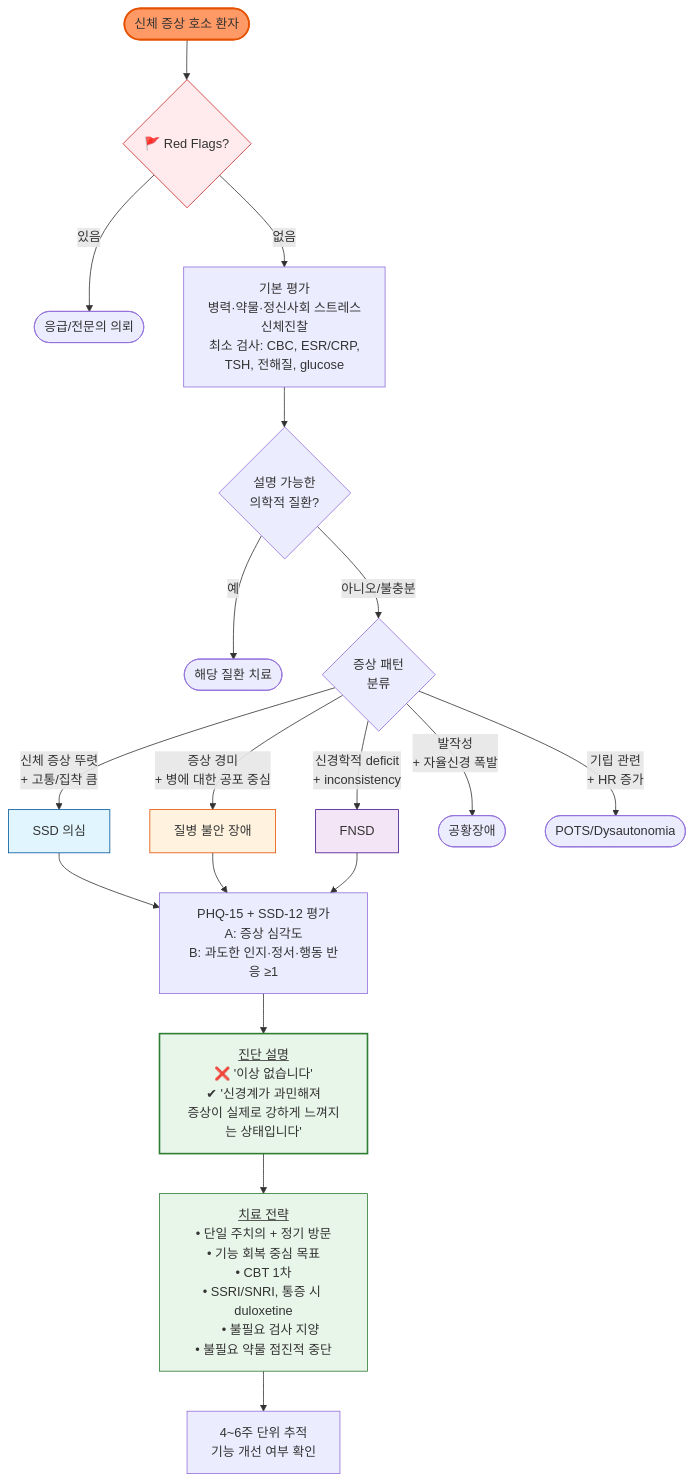
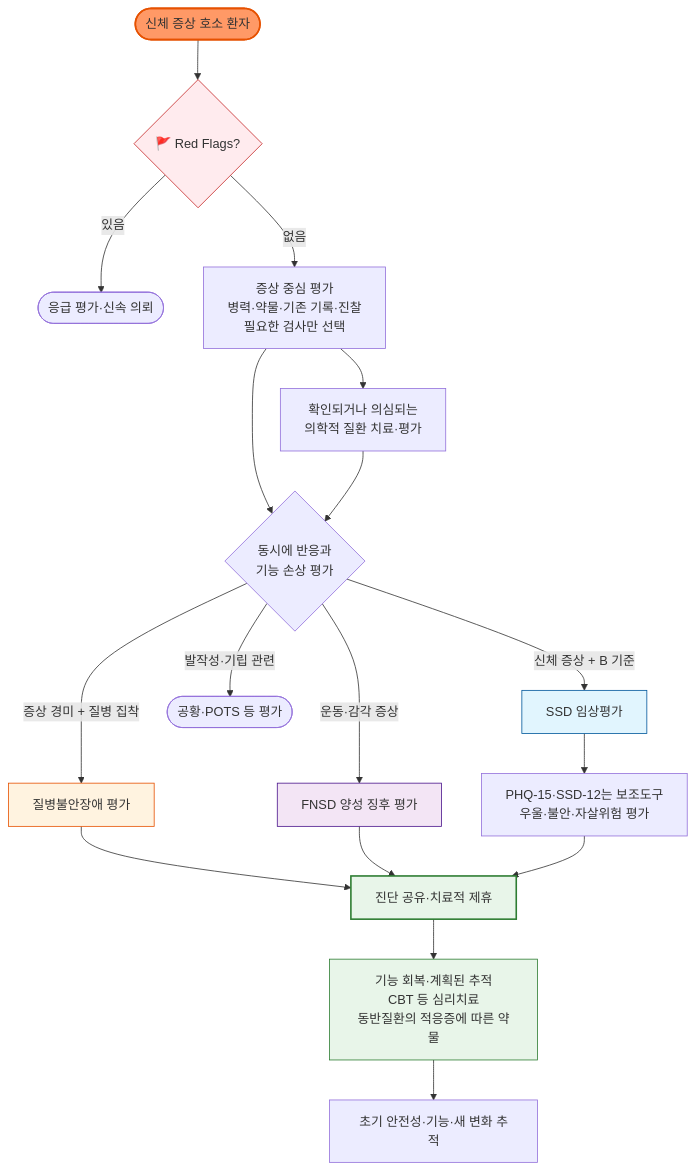
Before and after one commit to familyoh77/familyoh77: the diagram in 221_/031_-somatic-symptom-disorder.md, drawn with Mermaid. The commit also changed other lines of this file, not shown here.

````diff
--- a/221_/031_-somatic-symptom-disorder.md
+++ b/221_/031_-somatic-symptom-disorder.md
@@ -317,29 +337,27 @@
 ```mermaid
 graph TD
     Start([신체 증상 호소 환자]) --> RedFlag{🚩 Red Flags?}
-    RedFlag -->|있음| Referral([응급/전문의 의뢰])
-    RedFlag -->|없음| BasicEval[기본 평가<br/>병력·약물·정신사회 스트레스<br/>신체진찰<br/>최소 검사: CBC, ESR/CRP,<br/>TSH, 전해질, glucose]
-    BasicEval --> Explainable{설명 가능한<br/>의학적 질환?}
-    Explainable -->|예| TreatDisease([해당 질환 치료])
-    Explainable -->|아니오/불충분| Pattern{증상 패턴<br/>분류}
-    Pattern -->|신체 증상 뚜렷<br/>+ 고통/집착 큼| SSD[SSD 의심]
-    Pattern -->|증상 경미<br/>+ 병에 대한 공포 중심| IAD[질병 불안 장애]
-    Pattern -->|신경학적 deficit<br/>+ inconsistency| FNSD[FNSD]
-    Pattern -->|발작성<br/>+ 자율신경 폭발| Panic([공황장애])
-    Pattern -->|기립 관련<br/>+ HR 증가| POTS([POTS/Dysautonomia])
-    SSD --> Screen[PHQ-15 + SSD-12 평가<br/>A: 증상 심각도<br/>B: 과도한 인지·정서·행동 반응 ≥1]
-    IAD --> Screen
-    FNSD --> Screen
-    Screen --> Framing[<u>진단 설명</u><br/>❌ '이상 없습니다'<br/>✔ '신경계가 과민해져<br/>증상이 실제로 강하게 느껴지는 상태입니다']
-    Framing --> Treatment[<u>치료 전략</u><br/>• 단일 주치의 + 정기 방문<br/>• 기능 회복 중심 목표<br/>• CBT 1차<br/>• SSRI/SNRI, 통증 시 duloxetine
-    • 불필요 검사 지양<br/>• 불필요 약물 점진적 중단]
-    Treatment --> FU[4~6주 단위 추적<br/>기능 개선 여부 확인]
+    RedFlag -->|있음| Referral([응급 평가·신속 의뢰])
+    RedFlag -->|없음| BasicEval[증상 중심 평가<br/>병력·약물·기존 기록·진찰<br/>필요한 검사만 선택]
+    BasicEval --> Medical[확인되거나 의심되는<br/>의학적 질환 치료·평가]
+    BasicEval --> Pattern{동시에 반응과<br/>기능 손상 평가}
+    Medical --> Pattern
+    Pattern -->|신체 증상 + B 기준| SSD[SSD 임상평가]
+    Pattern -->|증상 경미 + 질병 집착| IAD[질병불안장애 평가]
+    Pattern -->|운동·감각 증상| FNSD[FNSD 양성 징후 평가]
+    Pattern -->|발작성·기립 관련| Other([공황·POTS 등 평가])
+    SSD --> Scale[PHQ-15·SSD-12는 보조도구<br/>우울·불안·자살위험 평가]
+    IAD --> Framing[진단 공유·치료적 제휴]
+    FNSD --> Framing
+    Scale --> Framing
+    Framing --> Treatment[기능 회복·계획된 추적<br/>CBT 등 심리치료<br/>동반질환의 적응증에 따른 약물]
+    Treatment --> FU[초기 안전성·기능·새 변화 추적]
 
     style Start fill:#f96,stroke:#e65100,stroke-width:2px
     style RedFlag fill:#ffebee,stroke:#c62828
     style SSD fill:#e1f5fe,stroke:#01579b
     style IAD fill:#fff3e0,stroke:#e65100
     style FNSD fill:#f3e5f5,stroke:#4a148c
     style Framing fill:#e8f5e9,stroke:#2e7d32,stroke-width:2px
     style Treatment fill:#e8f5e9,stroke:#2e7d32
 ```
````
